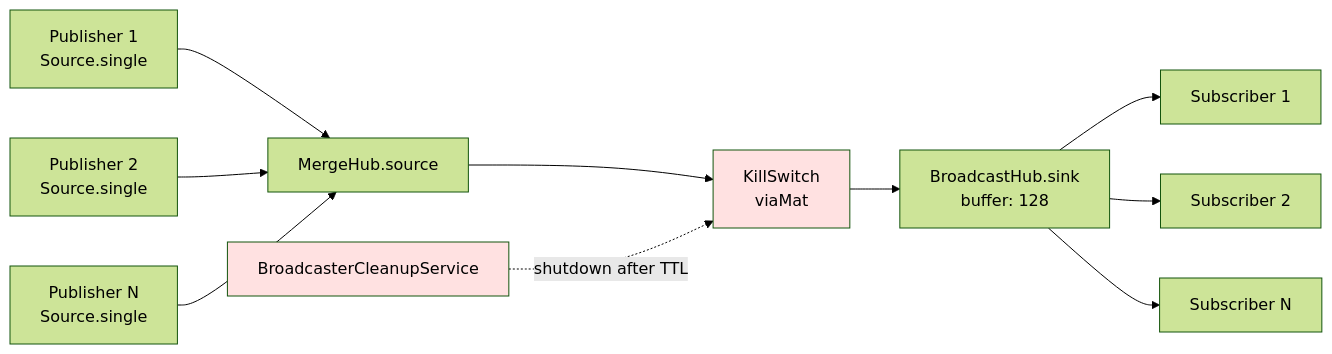
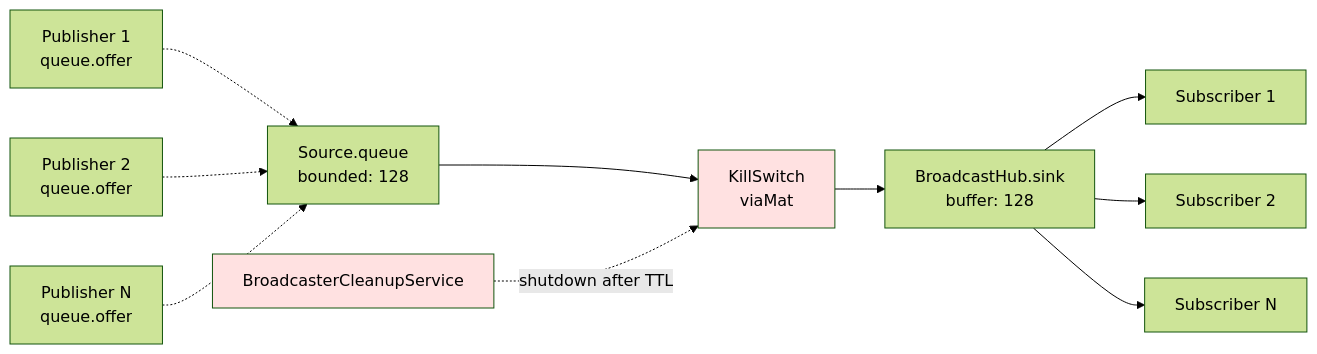
The first of 2 diagrams in docs/architecture/stream-topology.md (SkatemapApp/skatemap-live), drawn with Mermaid (forest theme) before and after one commit. The commit also changed other lines of this file and 5 other files, not shown here.

First line of the commit message:
fix: replace per-publish stream materialisation with SourceQueue (#148)

````diff
--- a/docs/architecture/stream-topology.md
+++ b/docs/architecture/stream-topology.md
@@ -18,18 +20,18 @@
 ```mermaid
 graph LR
-    P1[Publisher 1<br/>Source.single] --> MH[MergeHub.source]
-    P2[Publisher 2<br/>Source.single] --> MH
-    PN[Publisher N<br/>Source.single] --> MH
+    P1[Publisher 1<br/>queue.offer] -.-> Q[Source.queue<br/>bounded: 128]
+    P2[Publisher 2<br/>queue.offer] -.-> Q
+    PN[Publisher N<br/>queue.offer] -.-> Q
 
-    MH --> KS[KillSwitch<br/>viaMat]
+    Q --> KS[KillSwitch<br/>viaMat]
     KS --> BH[BroadcastHub.sink<br/>buffer: 128]
 
     BH --> S1[Subscriber 1]
     BH --> S2[Subscriber 2]
     BH --> SN[Subscriber N]
 
     CS[BroadcasterCleanupService] -.->|shutdown after TTL| KS
 
     style KS fill:#ffe1e1
     style CS fill:#ffe1e1
 ```
````
